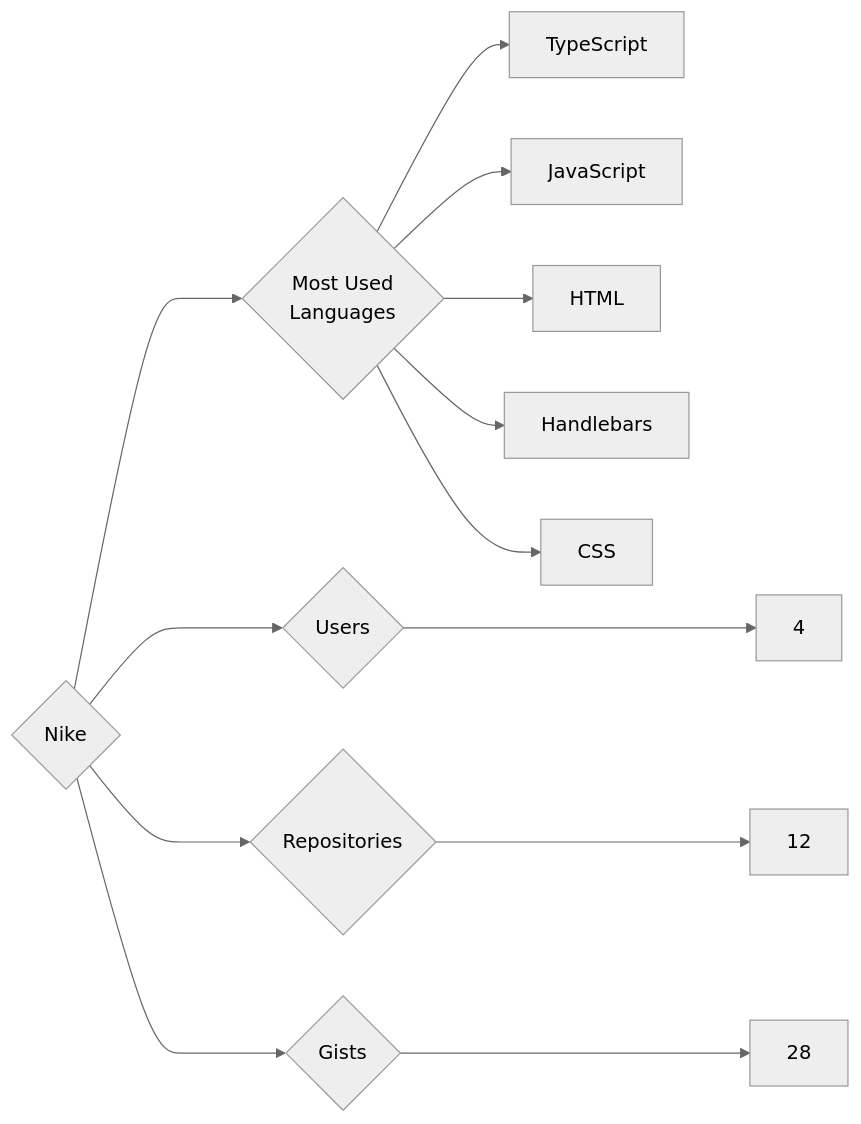
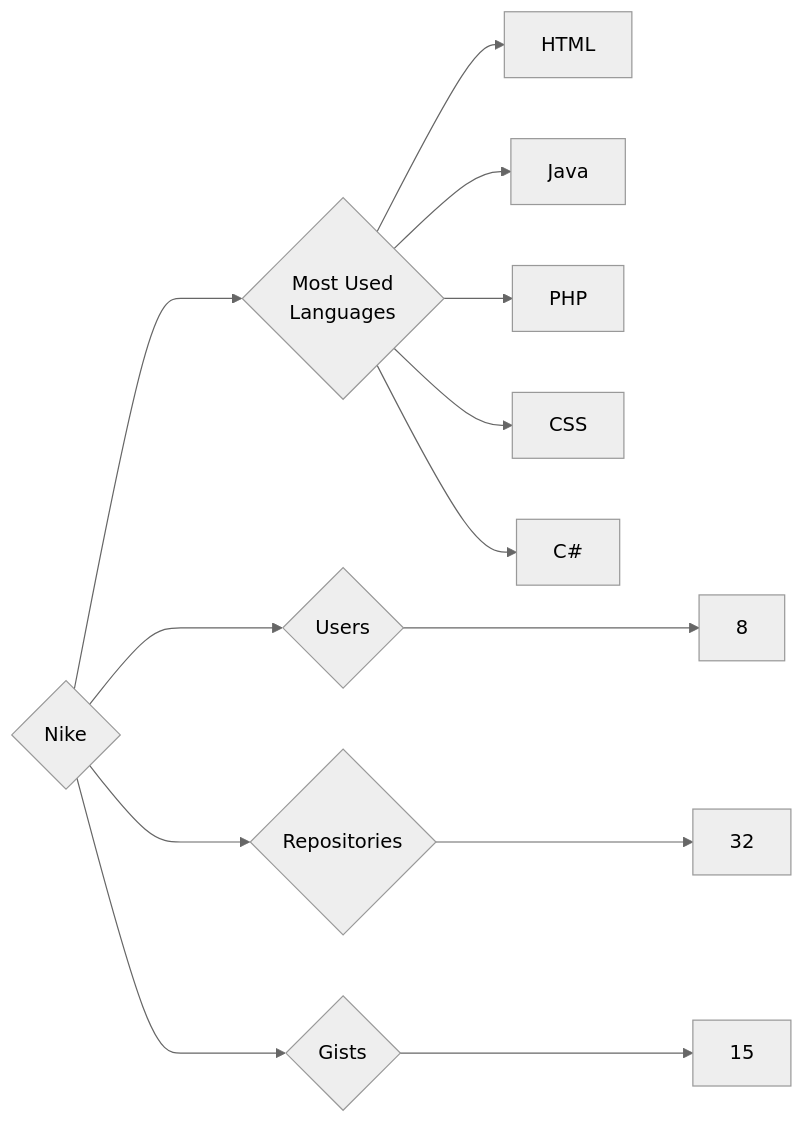
Before and after one commit to trickest/insiders: the diagram in targets/Nike/README.md, drawn with Mermaid (neutral theme). The commit also changed 1496 other files, not shown here.

````diff
--- a/targets/Nike/README.md
+++ b/targets/Nike/README.md
@@ -3,13 +3,13 @@
 ```mermaid
 graph LR
 COMPANY_NAME{Nike}
-COMPANY_NAME ---> U{Users} ---> UN[4]
-COMPANY_NAME ---> R{Repositories} ---> RN[12]
-COMPANY_NAME ---> G{Gists} ---> GN[28]
+COMPANY_NAME ---> U{Users} ---> UN[8]
+COMPANY_NAME ---> R{Repositories} ---> RN[32]
+COMPANY_NAME ---> G{Gists} ---> GN[15]
 COMPANY_NAME ---> ML{Most Used<br>Languages}
-ML --> TypeScript[TypeScript]
-ML --> JavaScript[JavaScript]
 ML --> HTML[HTML]
-ML --> Handlebars[Handlebars]
+ML --> Java[Java]
+ML --> PHP[PHP]
 ML --> CSS[CSS]
+ML --> C#[C#]
 ```
````
